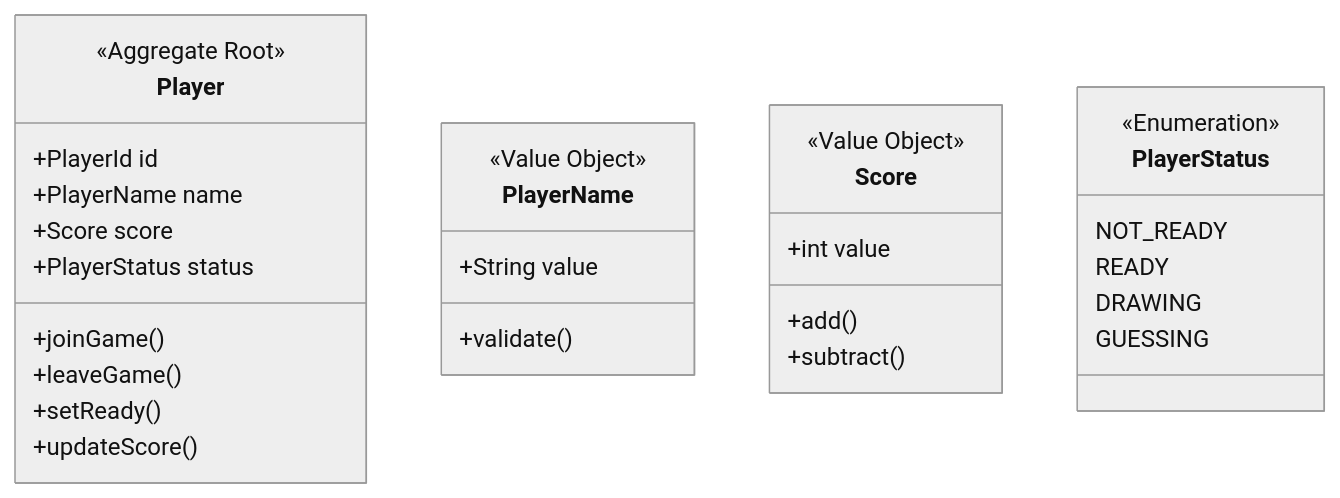
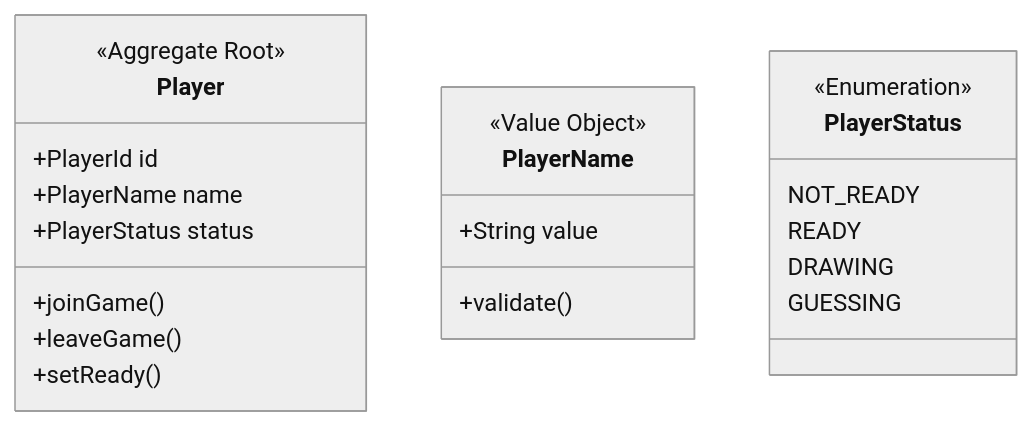
Before and after one commit to otonowa-naka/esiritori: the sixth of 7 diagrams in design/domain-model.md, drawn with Mermaid (neutral theme). The commit also changed other lines of this file and 3 other files, not shown here.

````diff
--- a/design/domain-model.md
+++ b/design/domain-model.md
@@ -227,35 +264,26 @@
 ```mermaid
 classDiagram
     class Player {
         <<Aggregate Root>>
         +PlayerId id
         +PlayerName name
-        +Score score
         +PlayerStatus status
         +joinGame()
         +leaveGame()
         +setReady()
-        +updateScore()
     }
 
     class PlayerName {
         <<Value Object>>
         +String value
         +validate()
-    }
-
-    class Score {
-        <<Value Object>>
-        +int value
-        +add()
-        +subtract()
     }
 
     class PlayerStatus {
         <<Enumeration>>
         NOT_READY
         READY
         DRAWING
         GUESSING
     }
 ```
````
